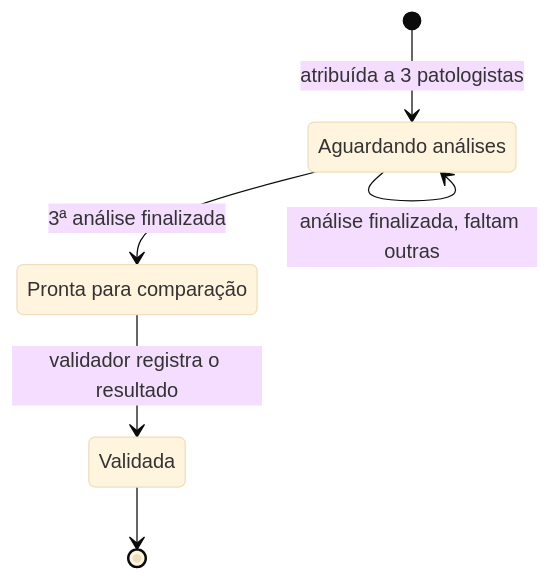
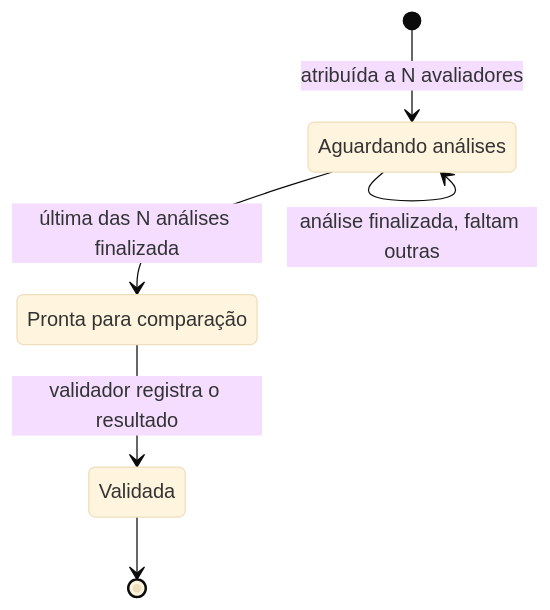
Diagram 11 of 13 in docs/02-arquitetura.md (Matheus-Lordron/ki67), drawn with Mermaid (base theme) before and after one commit. The commit also changed other lines of this file and 6 other files, not shown here.

````diff
--- a/docs/02-arquitetura.md
+++ b/docs/02-arquitetura.md
@@ -374,12 +431,12 @@
 ```mermaid
 stateDiagram-v2
     state "Aguardando análises" as AGUARDANDO
     state "Pronta para comparação" as PRONTA
     state "Validada" as VALIDADA
 
-    [*] --> AGUARDANDO: atribuída a 3 patologistas
+    [*] --> AGUARDANDO: atribuída a N avaliadores
     AGUARDANDO --> AGUARDANDO: análise finalizada, faltam outras
-    AGUARDANDO --> PRONTA: 3ª análise finalizada
+    AGUARDANDO --> PRONTA: última das N análises finalizada
     PRONTA --> VALIDADA: validador registra o resultado
     VALIDADA --> [*]
 ```
````
